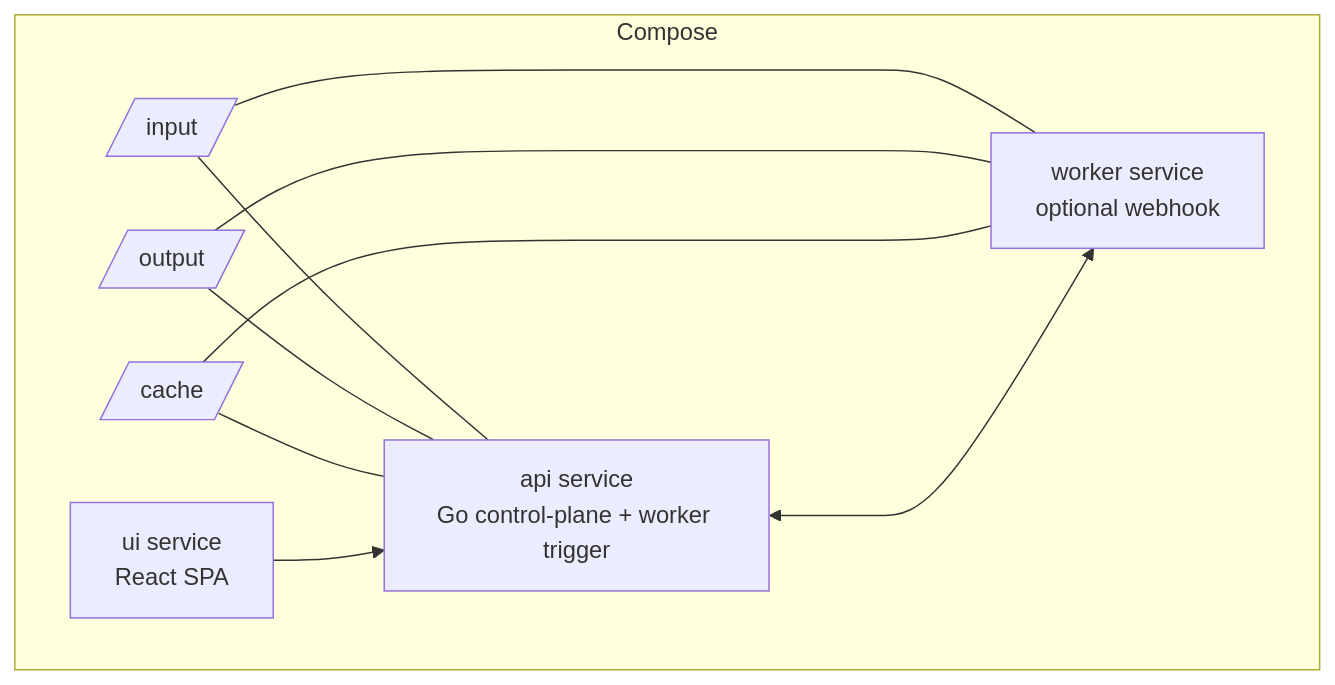
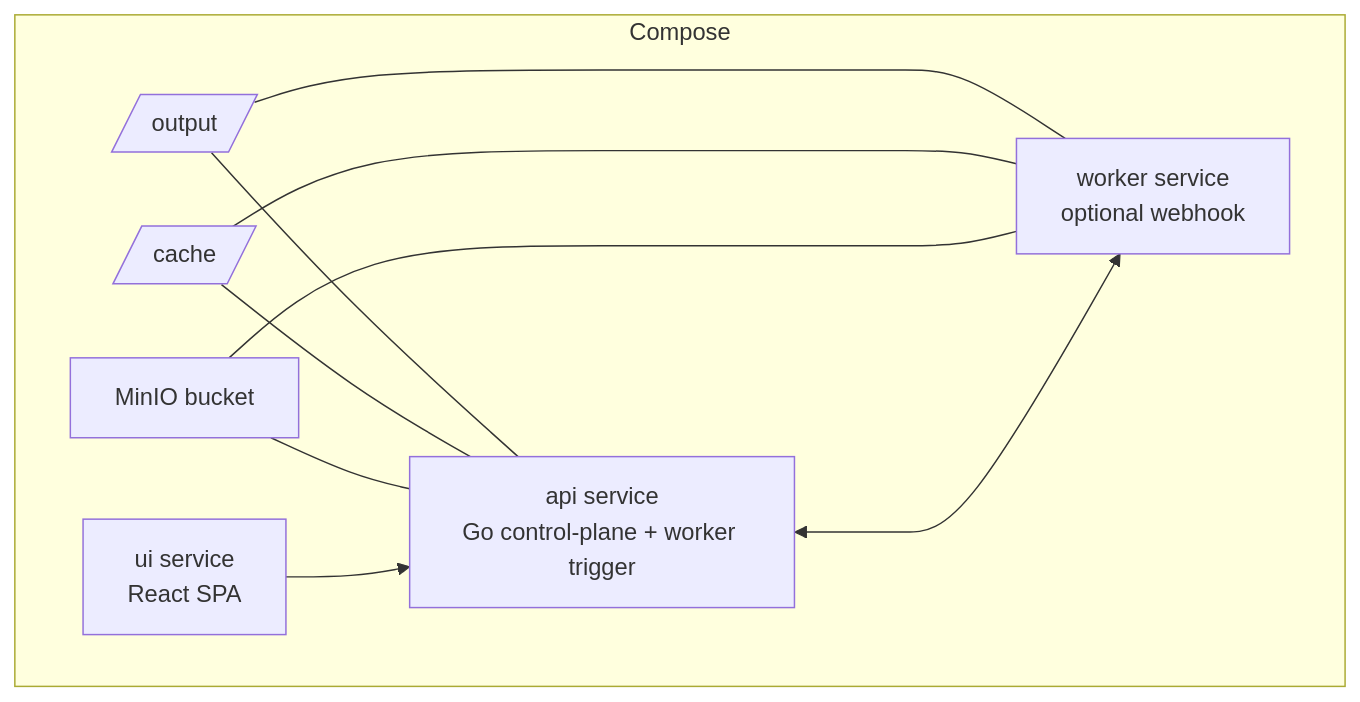
The diagram in docs/diagrams/component-container-compose.mmd (k8ika0s/s390x-wheel-refinery), drawn with Mermaid before and after one commit. The commit also changed 36 other files, not shown here.

Commit message:
Use MinIO inputs and pack DAGs in planner/worker

```diff
--- a/docs/diagrams/component-container-compose.mmd
+++ b/docs/diagrams/component-container-compose.mmd
@@ -1,17 +1,17 @@
 flowchart TD
     subgraph Compose
         API[api service\nGo control-plane + worker trigger]
         WORKER[worker service\noptional webhook]
         UI[ui service\nReact SPA]
-        VOL_IN[/input/]
         VOL_OUT[/output/]
         VOL_CACHE[/cache/]
+        OBJ[MinIO bucket]
     end
-    VOL_IN --- API
     VOL_OUT --- API
     VOL_CACHE --- API
-    VOL_IN --- WORKER
     VOL_OUT --- WORKER
     VOL_CACHE --- WORKER
+    OBJ --- API
+    OBJ --- WORKER
     API <---> WORKER
     UI --> API
```
